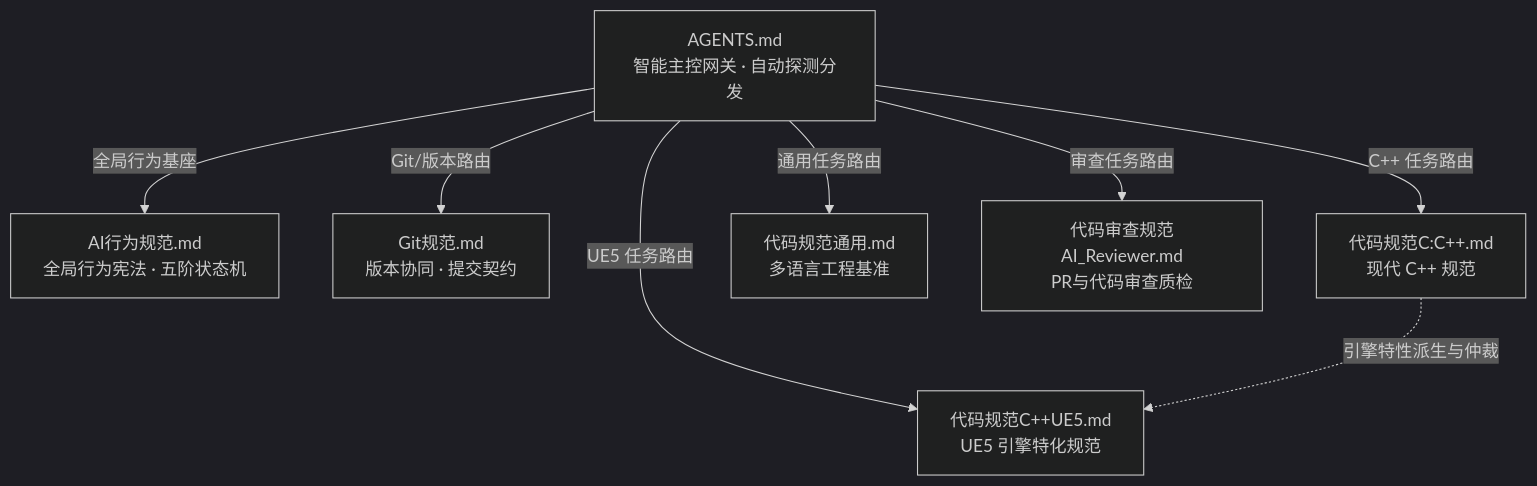
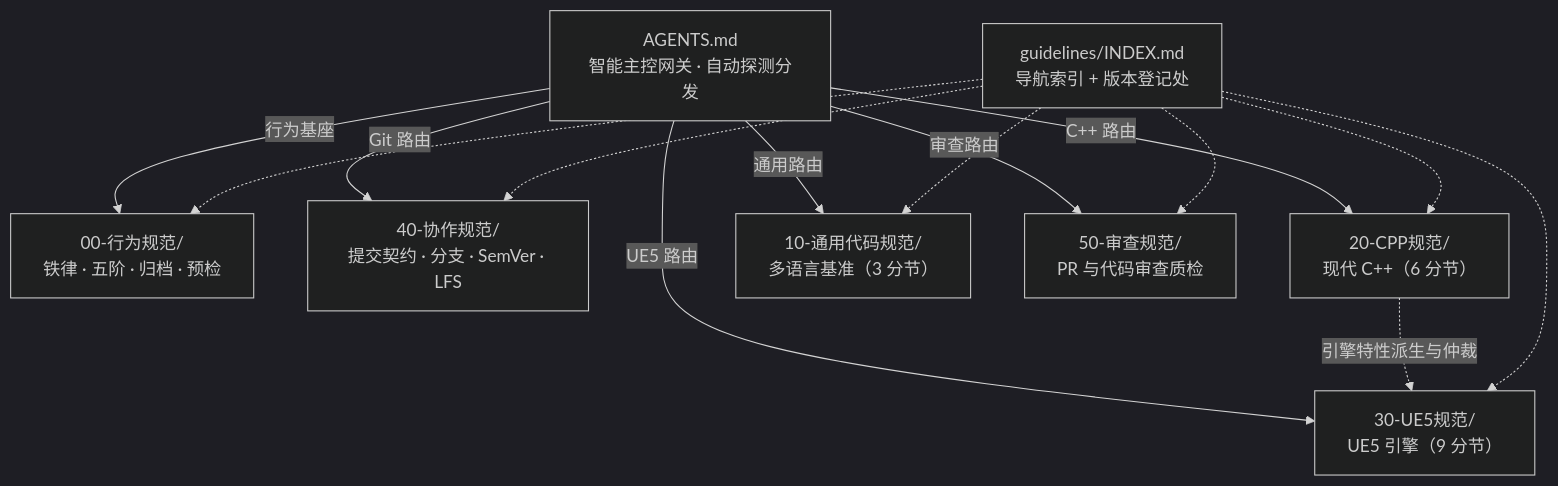
One commit to YIice-cwj/ai-coding-standards changed the diagram in README.md. Above: the diagram before and after it, drawn with Mermaid (dark theme). The commit also changed other lines of this file and 29 other files, not shown here.

````diff
--- a/README.md
+++ b/README.md
@@ -17,10 +17,11 @@
 ```mermaid
 graph TD
-    M[AGENTS.md\n智能主控网关 · 自动探测分发] -->|全局行为基座| A[AI行为规范.md\n全局行为宪法 · 五阶状态机]
-    M -->|Git/版本路由| F[Git规范.md\n版本协同 · 提交契约]
-    M -->|C++ 任务路由| C[代码规范C:C++.md\n现代 C++ 规范]
-    M -->|UE5 任务路由| D[代码规范C++UE5.md\nUE5 引擎特化规范]
-    M -->|通用任务路由| B[代码规范通用.md\n多语言工程基准]
-    M -->|审查任务路由| E[代码审查规范AI_Reviewer.md\nPR与代码审查质检]
+    M[AGENTS.md<br/>智能主控网关 · 自动探测分发] -->|行为基座| A[00-行为规范/<br/>铁律 · 五阶 · 归档 · 预检]
+    M -->|Git 路由| F[40-协作规范/<br/>提交契约 · 分支 · SemVer · LFS]
+    M -->|C++ 路由| C[20-CPP规范/<br/>现代 C++（6 分节）]
+    M -->|UE5 路由| D[30-UE5规范/<br/>UE5 引擎（9 分节）]
+    M -->|通用路由| B[10-通用代码规范/<br/>多语言基准（3 分节）]
+    M -->|审查路由| E[50-审查规范/<br/>PR 与代码审查质检]
     C -.->|引擎特性派生与仲裁| D
+    IDX[guidelines/INDEX.md<br/>导航索引 + 版本登记处] -.-> A & B & C & D & E & F
 ```
````
